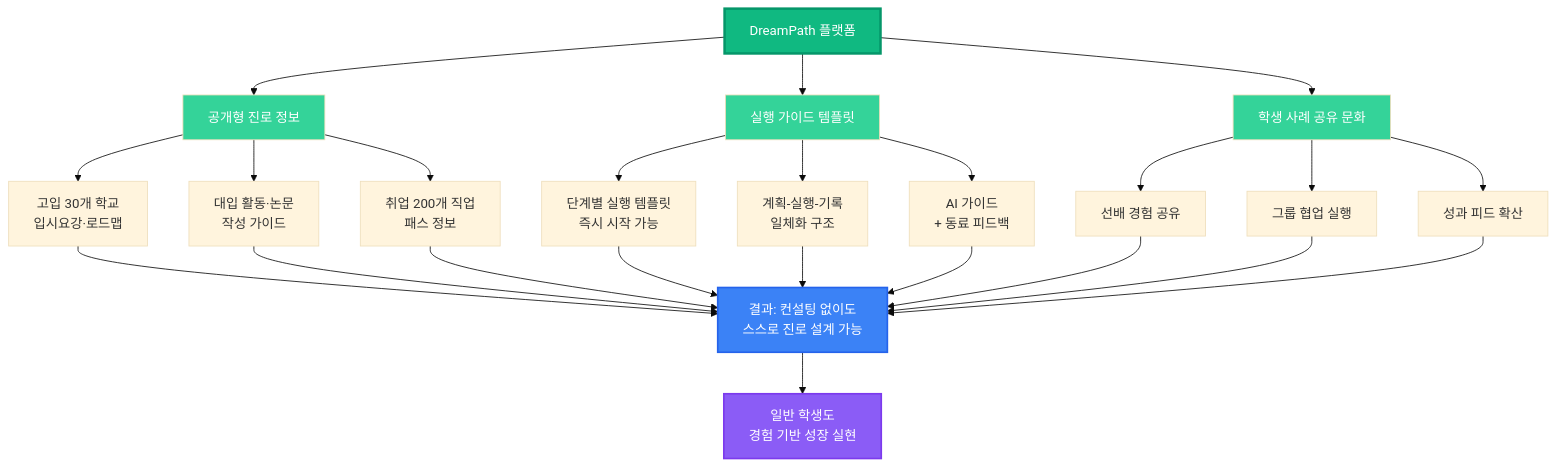
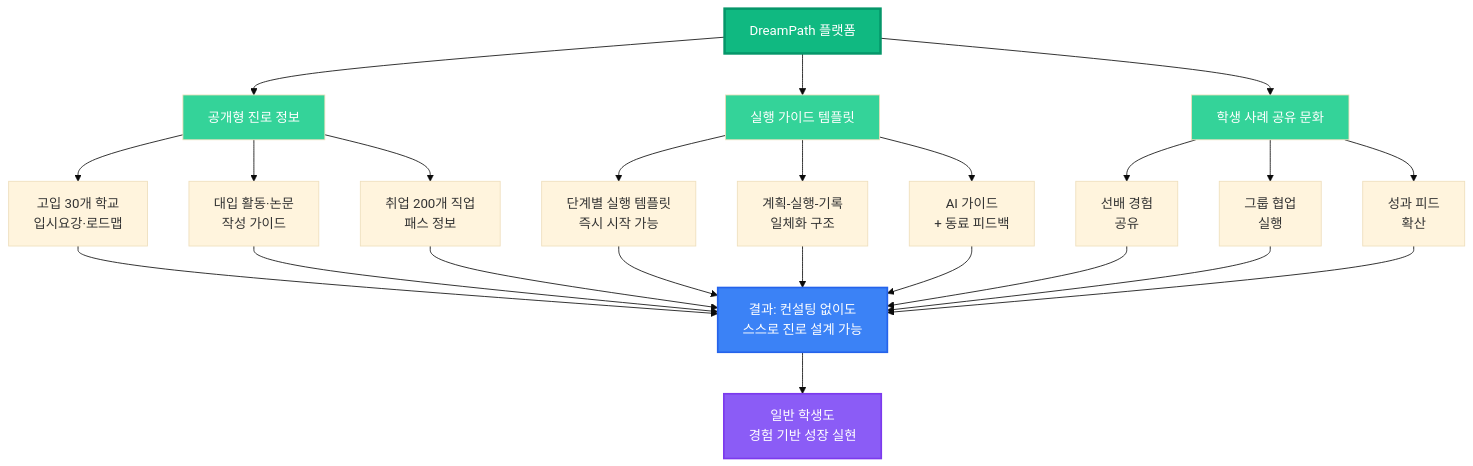
One commit to Collegenie-X/AI-career-path changed the third of 6 diagrams in Readme.md. Above: the diagram before and after it, drawn with Mermaid (base theme). The commit also changed other lines of this file and 40 other files, not shown here.

````diff
--- a/Readme.md
+++ b/Readme.md
@@ -114,37 +114,37 @@
 ```mermaid
 graph TD
     A["DreamPath 플랫폼"] --> B["공개형 진로 정보"]
     A --> C["실행 가이드 템플릿"]
     A --> D["학생 사례 공유 문화"]
     
     B --> B1["고입 30개 학교<br/>입시요강·로드맵"]
     B --> B2["대입 활동·논문<br/>작성 가이드"]
     B --> B3["취업 200개 직업<br/>패스 정보"]
     
     C --> C1["단계별 실행 템플릿<br/>즉시 시작 가능"]
     C --> C2["계획-실행-기록<br/>일체화 구조"]
     C --> C3["AI 가이드<br/>+ 동료 피드백"]
     
-    D --> D1["선배 경험 공유"]
-    D --> D2["그룹 협업 실행"]
-    D --> D3["성과 피드 확산"]
+    D --> D1["선배 경험 <br> 공유"]
+    D --> D2["그룹 협업 <br> 실행"]
+    D --> D3["성과 피드 <br> 확산"]
     
     B1 --> E["결과: 컨설팅 없이도<br/>스스로 진로 설계 가능"]
     B2 --> E
     B3 --> E
     C1 --> E
     C2 --> E
     C3 --> E
     D1 --> E
     D2 --> E
     D3 --> E
     
     E --> F["일반 학생도<br/>경험 기반 성장 실현"]
     
     style A fill:#10B981,color:#fff,stroke:#059669,stroke-width:3px
     style E fill:#3B82F6,color:#fff,stroke:#2563EB,stroke-width:2px
     style F fill:#8B5CF6,color:#fff,stroke:#7C3AED,stroke-width:2px
     style B fill:#34D399,color:#fff
     style C fill:#34D399,color:#fff
     style D fill:#34D399,color:#fff
 ```
````
